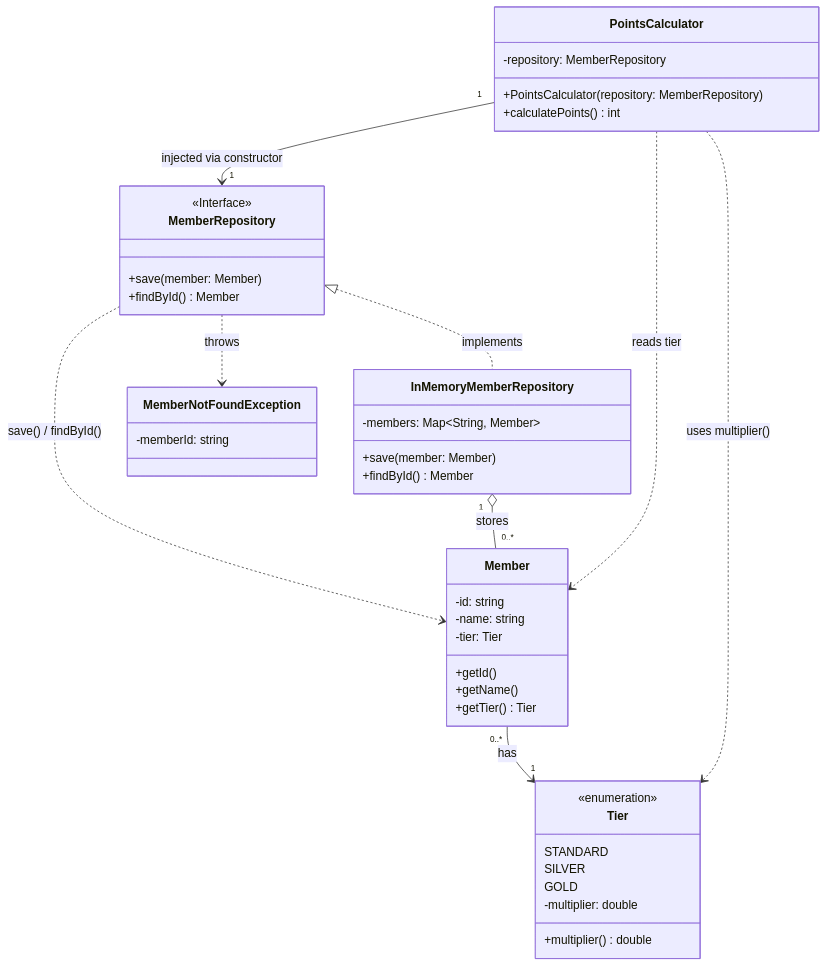
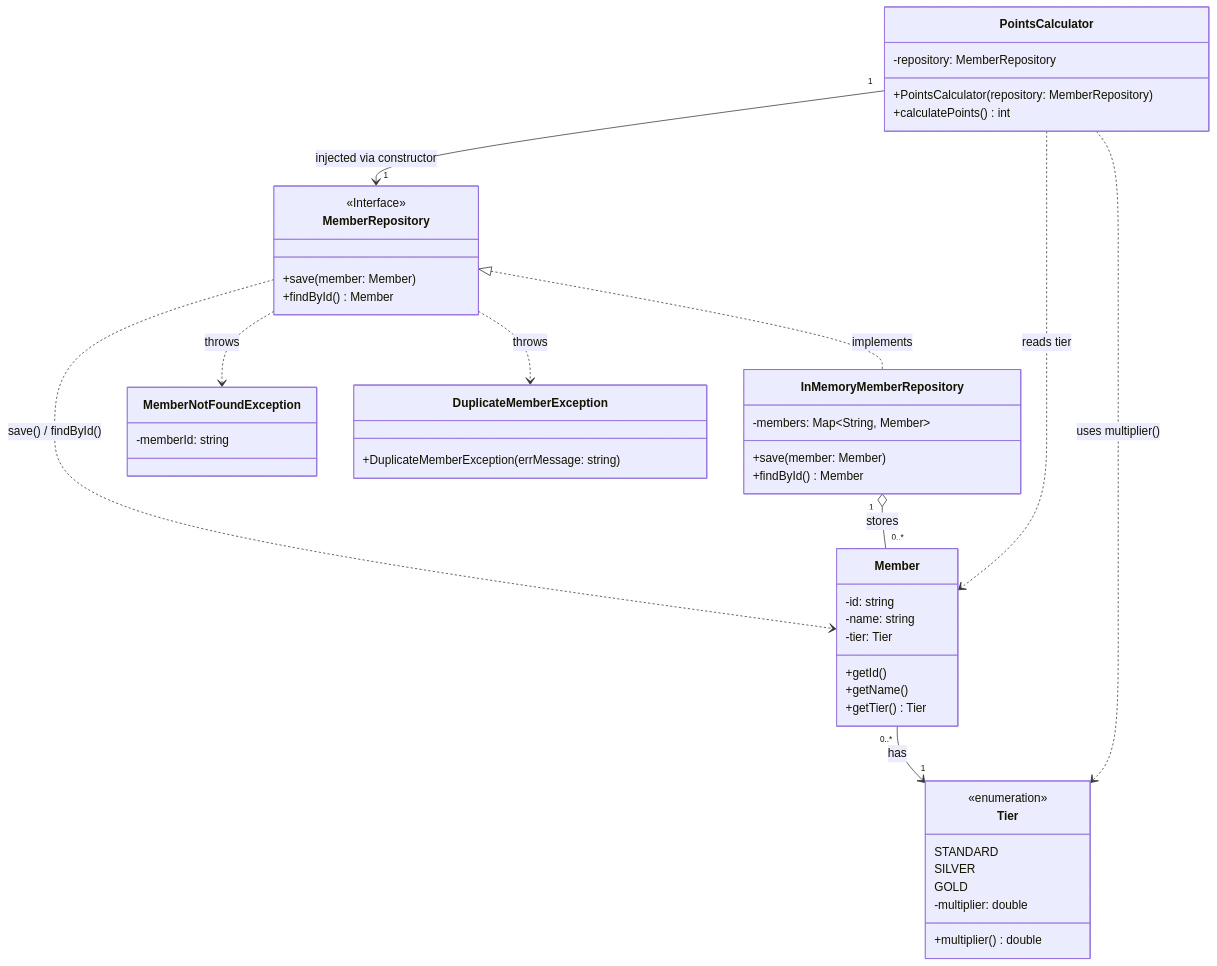
Before and after one commit to prince-kofi-asiedu/brightline-loyalty-system: the diagram in ANALYSIS.md, drawn with Mermaid.

Commit message:
docs(design): add DuplicateMemberException to class diagram

````diff
--- a/ANALYSIS.md
+++ b/ANALYSIS.md
@@ -55,54 +55,67 @@
 ```mermaid
 classDiagram
-
 class Member {
     -id: string
     -name: string
     -tier: Tier
     +getId()
     +getName()
     +getTier() Tier
 }
+
 
 class Tier {
     <<enumeration>>
     STANDARD
     SILVER
     GOLD
     -multiplier: double
     +multiplier() double
 }
 
+
 class MemberRepository {
     <<Interface>>
     +save(member: Member)
     +findById() Member
 }
+
 
 class InMemoryMemberRepository {
     -members: Map~String, Member~
     +save(member: Member)
     +findById() Member
 }
 
+
 class MemberNotFoundException {
     -memberId: string
 }
+
+
+class DuplicateMemberException {
+    +DuplicateMemberException(errMessage: string)
+}
+
 
 class PointsCalculator {
     -repository: MemberRepository
     +PointsCalculator(repository: MemberRepository)
     +calculatePoints() int
 }
 
+
 Member "0..*" --> "1" Tier : has
+
 
 MemberRepository <|.. InMemoryMemberRepository : implements
 MemberRepository ..> Member : save() / findById()
 MemberRepository ..> MemberNotFoundException : throws
+MemberRepository ..> DuplicateMemberException : throws
 InMemoryMemberRepository "1" o-- "0..*" Member : stores
+
 
 PointsCalculator "1" --> "1" MemberRepository : injected via constructor
 PointsCalculator ..> Member : reads tier
 PointsCalculator ..> Tier : uses multiplier()
 ```
````
